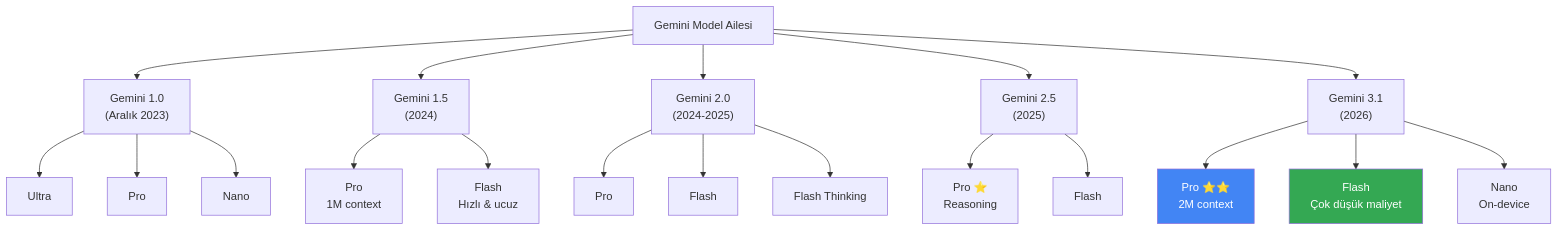
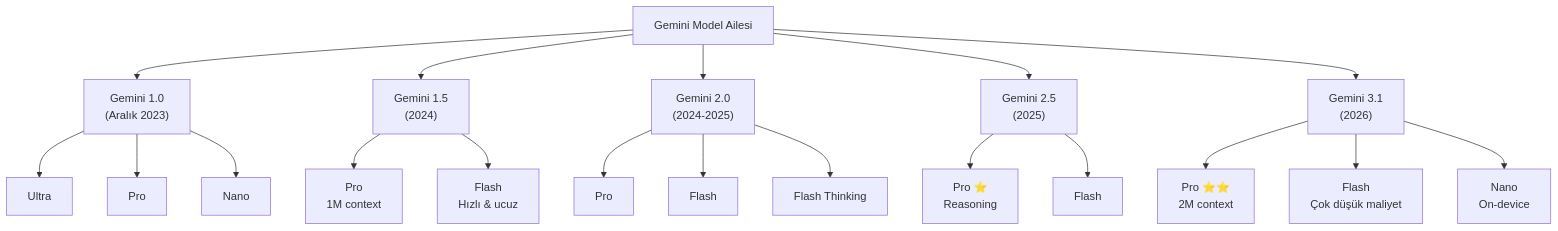
The second of 5 diagrams in 03-llm-saglayicilari/03-google-deepmind.md (IzzetYasinAtes/ClaudeCodeHandbook), drawn with Mermaid before and after one commit. The commit also changed 97 other files, not shown here.

Commit message:
Remove all custom Mermaid style/fill colors from 98 markdown files for consistent dark theme rendering

````diff
--- a/03-llm-saglayicilari/03-google-deepmind.md
+++ b/03-llm-saglayicilari/03-google-deepmind.md
@@ -65,31 +65,29 @@
 ```mermaid
 flowchart TD
     G["Gemini Model Ailesi"]
 
     G --> G1["Gemini 1.0<br/>(Aralık 2023)"]
     G --> G15["Gemini 1.5<br/>(2024)"]
     G --> G2["Gemini 2.0<br/>(2024-2025)"]
     G --> G25["Gemini 2.5<br/>(2025)"]
     G --> G31["Gemini 3.1<br/>(2026)"]
 
     G1 --> G1U["Ultra"]
     G1 --> G1P["Pro"]
     G1 --> G1N["Nano"]
 
     G15 --> G15P["Pro<br/>1M context"]
     G15 --> G15F["Flash<br/>Hızlı & ucuz"]
 
     G2 --> G2P["Pro"]
     G2 --> G2F["Flash"]
     G2 --> G2FT["Flash Thinking"]
 
     G25 --> G25P["Pro ⭐<br/>Reasoning"]
     G25 --> G25F["Flash"]
 
     G31 --> G31P["Pro ⭐⭐<br/>2M context"]
     G31 --> G31F["Flash<br/>Çok düşük maliyet"]
     G31 --> G31N["Nano<br/>On-device"]
 
-    style G31P fill:#4285f4,color:#fff
-    style G31F fill:#34a853,color:#fff
 ```
````
